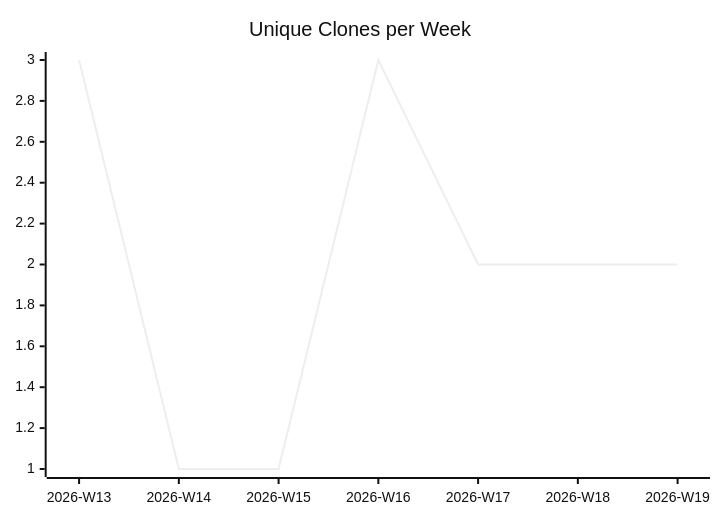
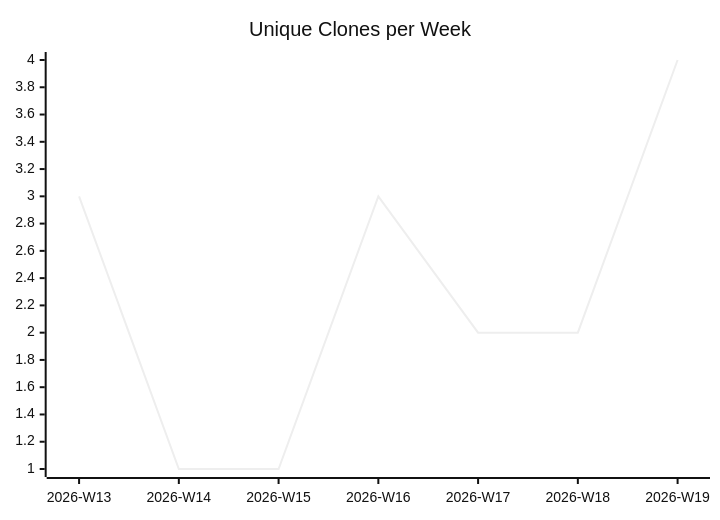
One commit to justdavis-family/github-analytics-data changed the third of 3 diagrams in karlmdavis/perfect-note/README.md. Above: the diagram before and after it, drawn with Mermaid (neutral theme). The commit also changed other lines of this file and 192 other files, not shown here.

````diff
--- a/karlmdavis/perfect-note/README.md
+++ b/karlmdavis/perfect-note/README.md
@@ -19,6 +19,6 @@
 ```mermaid
 xychart-beta
   title "Unique Clones per Week"
   x-axis ["2026-W13", "2026-W14", "2026-W15", "2026-W16", "2026-W17", "2026-W18", "2026-W19"]
-  line [3, 1, 1, 3, 2, 2, 2]
+  line [3, 1, 1, 3, 2, 2, 4]
 ```
````
